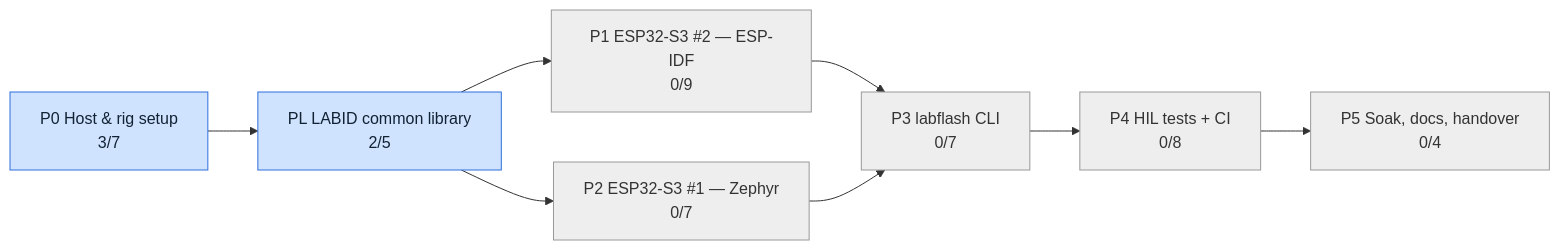
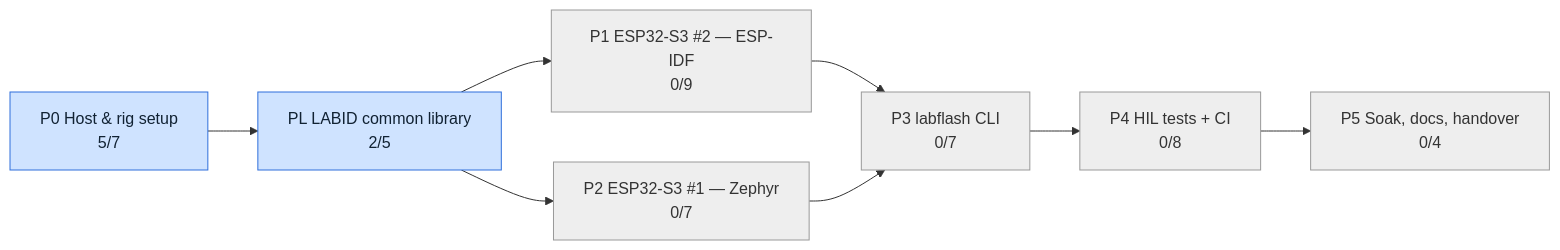
One commit to mohamed-soubhi/bootlab-esp changed the second of 3 diagrams in tickets/TICKETS.md. Above: the diagram before and after it, drawn with Mermaid. The commit also changed other lines of this file and 1 other file, not shown here.

````diff
--- a/tickets/TICKETS.md
+++ b/tickets/TICKETS.md
@@ -30,21 +30,21 @@
 ```mermaid
 flowchart LR
-    E0["P0 Host & rig setup<br/>3/7"]:::doing
+    E0["P0 Host & rig setup<br/>5/7"]:::doing
     EL["PL LABID common library<br/>2/5"]:::doing
     E1["P1 ESP32-S3 #2 — ESP-IDF<br/>0/9"]:::todo
     E2["P2 ESP32-S3 #1 — Zephyr<br/>0/7"]:::todo
     E3["P3 labflash CLI<br/>0/7"]:::todo
     E4["P4 HIL tests + CI<br/>0/8"]:::todo
     E5["P5 Soak, docs, handover<br/>0/4"]:::todo
     E0 --> EL
     E1 --> E3
     E2 --> E3
     E3 --> E4
     E4 --> E5
     EL --> E1
     EL --> E2
     classDef todo fill:#eeeeee,stroke:#999,color:#333
     classDef doing fill:#cfe3ff,stroke:#2f6fdb,color:#123
     classDef blocked fill:#ffd6d6,stroke:#c62828,color:#400
     classDef done fill:#d4f5d4,stroke:#2e7d32,color:#132
 ```
````
